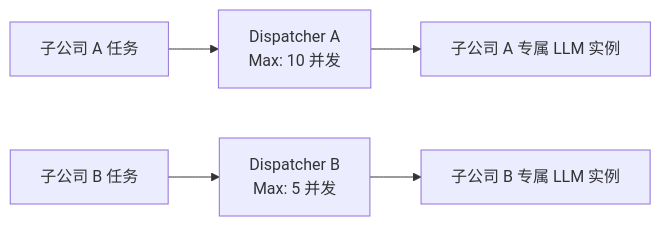
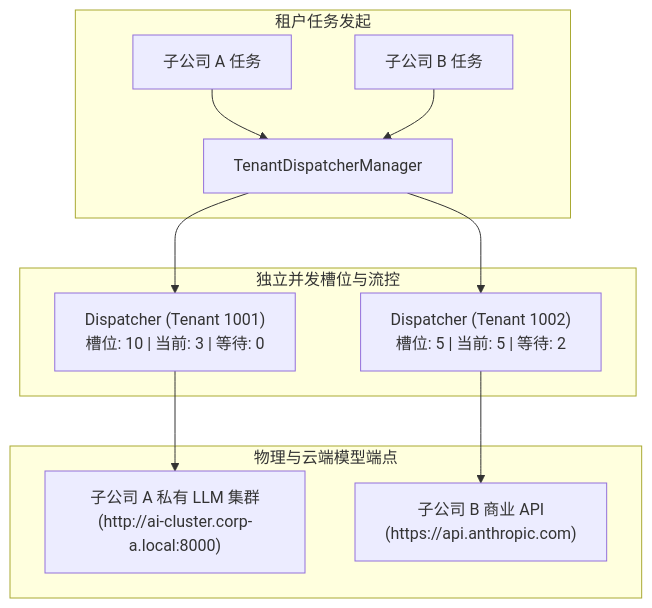
The second of 3 diagrams in docs/multi-tenancy-architecture/03-租户模型服务资源隔离与动态调度设计.md (fugui/code-shield), drawn with Mermaid before and after one commit. The commit also changed other lines of this file, not shown here.

````diff
--- a/docs/multi-tenancy-architecture/03-租户模型服务资源隔离与动态调度设计.md
+++ b/docs/multi-tenancy-architecture/03-租户模型服务资源隔离与动态调度设计.md
@@ -42,8 +52,17 @@
 ```mermaid
-flowchart LR
-    TaskA[子公司 A 任务] --> TD_A[Dispatcher A<br>Max: 10 并发]
-    TaskB[子公司 B 任务] --> TD_B[Dispatcher B<br>Max: 5 并发]
-    
-    TD_A --> ModelHostA[子公司 A 专属 LLM 实例]
-    TD_B --> ModelHostB[子公司 B 专属 LLM 实例]
+flowchart TD
+    subgraph 租户任务发起
+        TaskA[子公司 A 任务] --> Router[TenantDispatcherManager]
+        TaskB[子公司 B 任务] --> Router
+    end
+
+    subgraph 独立并发槽位与流控
+        Router --> DA["Dispatcher (Tenant 1001)<br>槽位: 10 | 当前: 3 | 等待: 0"]
+        Router --> DB["Dispatcher (Tenant 1002)<br>槽位: 5  | 当前: 5 | 等待: 2"]
+    end
+
+    subgraph 物理与云端模型端点
+        DA --> ModelA["子公司 A 私有 LLM 集群<br>(http://ai-cluster.corp-a.local:8000)"]
+        DB --> ModelB["子公司 B 商业 API<br>(https://api.anthropic.com)"]
+    end
 ```
````
